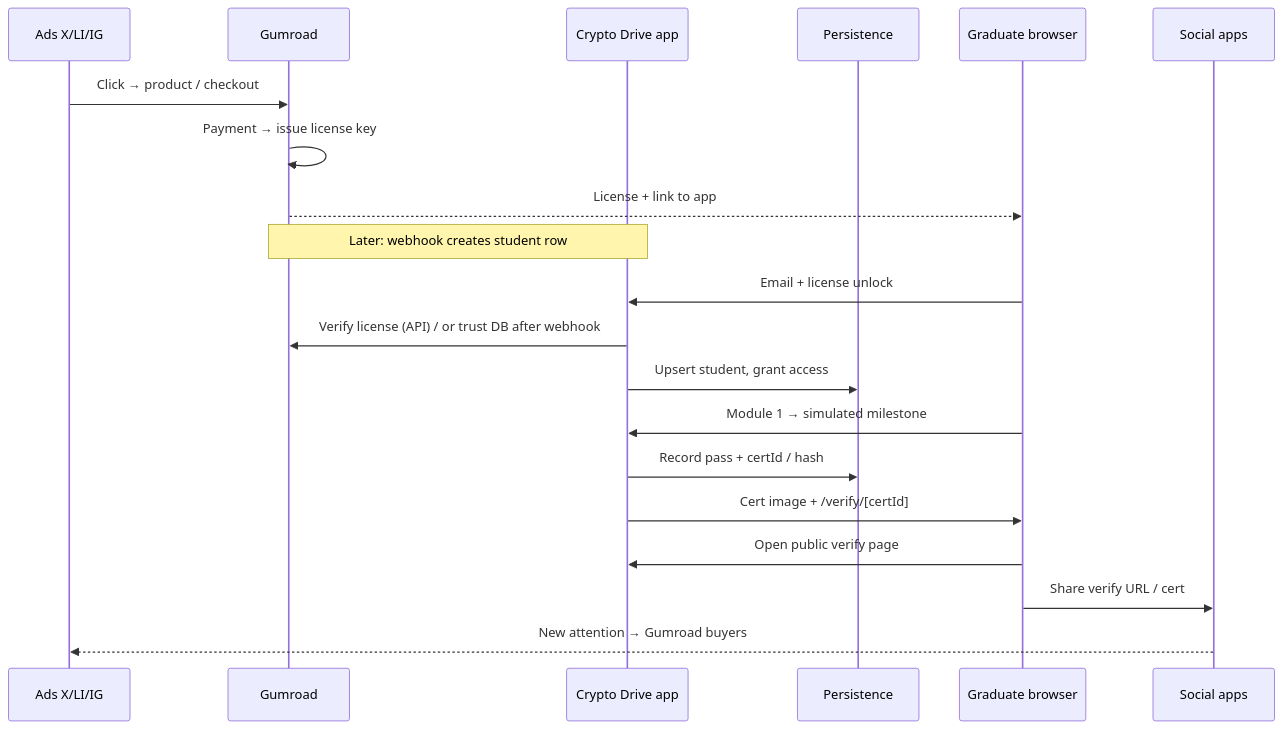
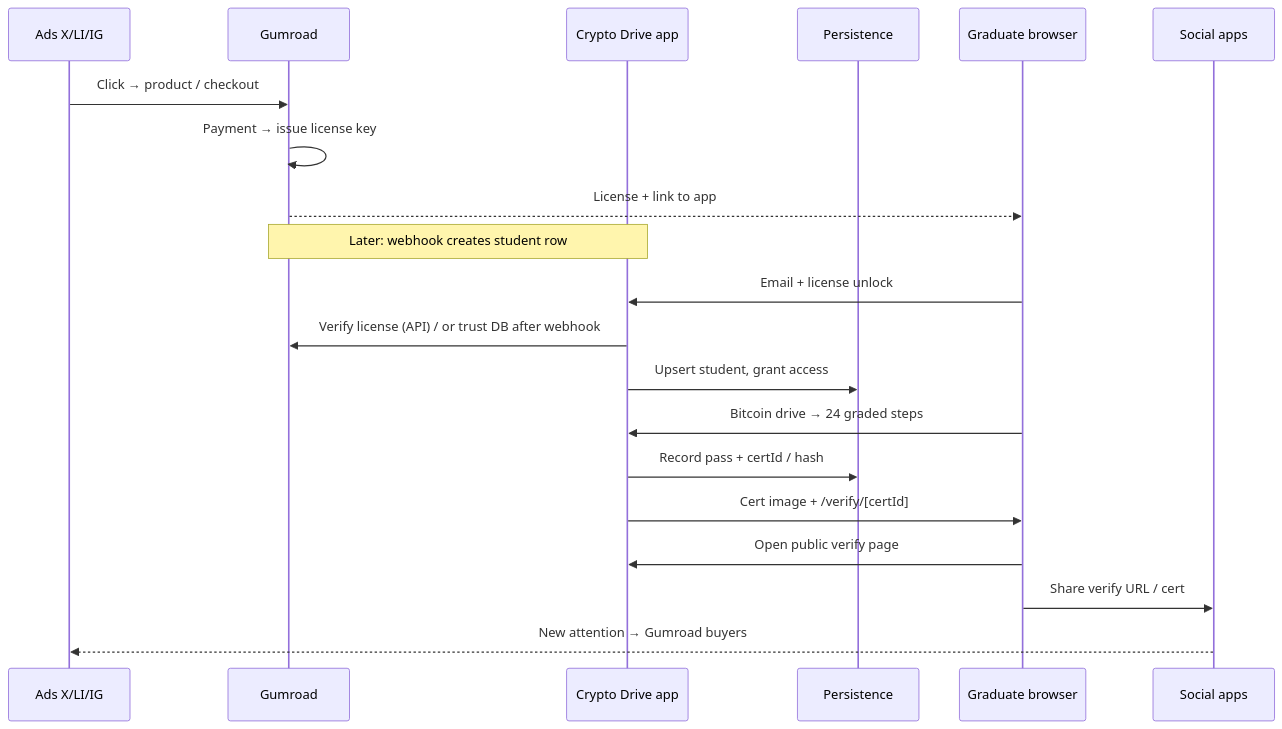
One commit to bitspent/crypto-drive changed the second of 2 diagrams in docs/solution-architecture.md. Above: the diagram before and after it, drawn with Mermaid. The commit also changed other lines of this file and 5 other files, not shown here.

````diff
--- a/docs/solution-architecture.md
+++ b/docs/solution-architecture.md
@@ -101,23 +101,23 @@
 ```mermaid
 sequenceDiagram
   participant Ad as Ads X/LI/IG
   participant GR as Gumroad
   participant App as Crypto Drive app
   participant Store as Persistence
   participant Grad as Graduate browser
   participant Social as Social apps
 
   Ad->>GR: Click → product / checkout
   GR->>GR: Payment → issue license key
   GR-->>Grad: License + link to app
   Note over GR,App: Later: webhook creates student row
   Grad->>App: Email + license unlock
   App->>GR: Verify license (API) / or trust DB after webhook
   App->>Store: Upsert student, grant access
-  Grad->>App: Module 1 → simulated milestone
+  Grad->>App: Bitcoin drive → 24 graded steps
   App->>Store: Record pass + certId / hash
   App->>Grad: Cert image + /verify/[certId]
   Grad->>App: Open public verify page
   Grad->>Social: Share verify URL / cert
   Social-->>Ad: New attention → Gumroad buyers
 ```
````
